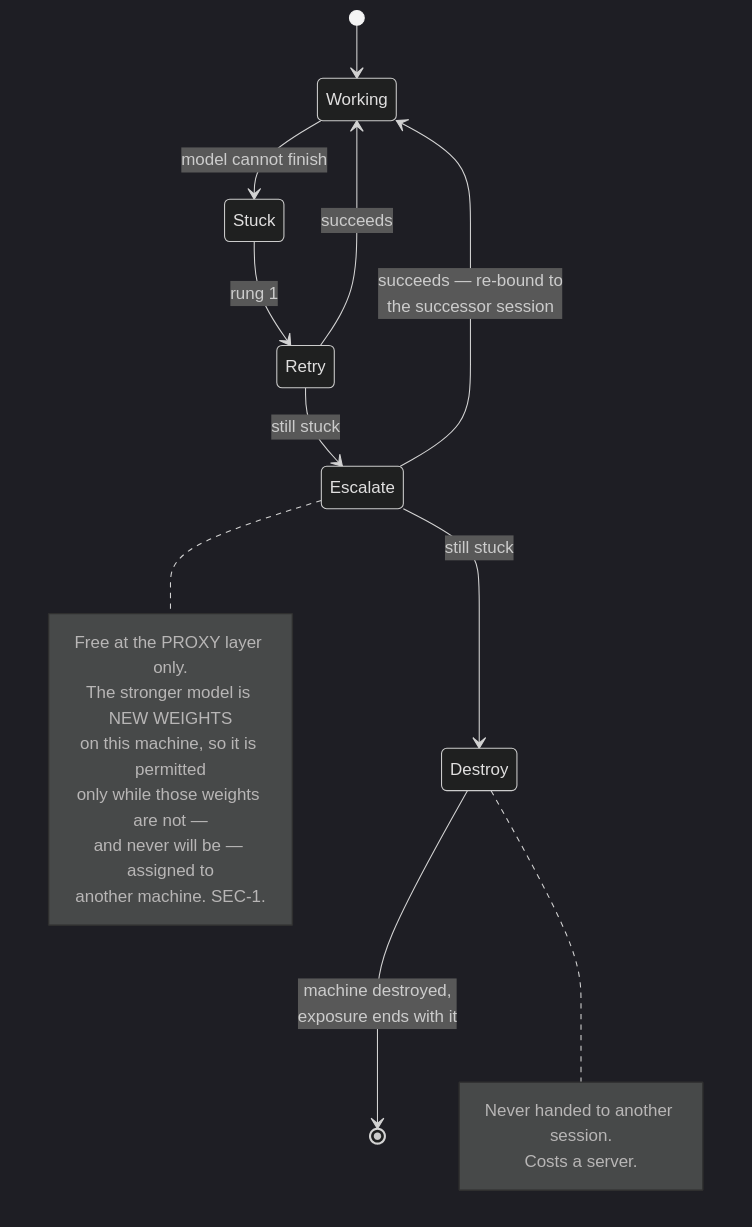
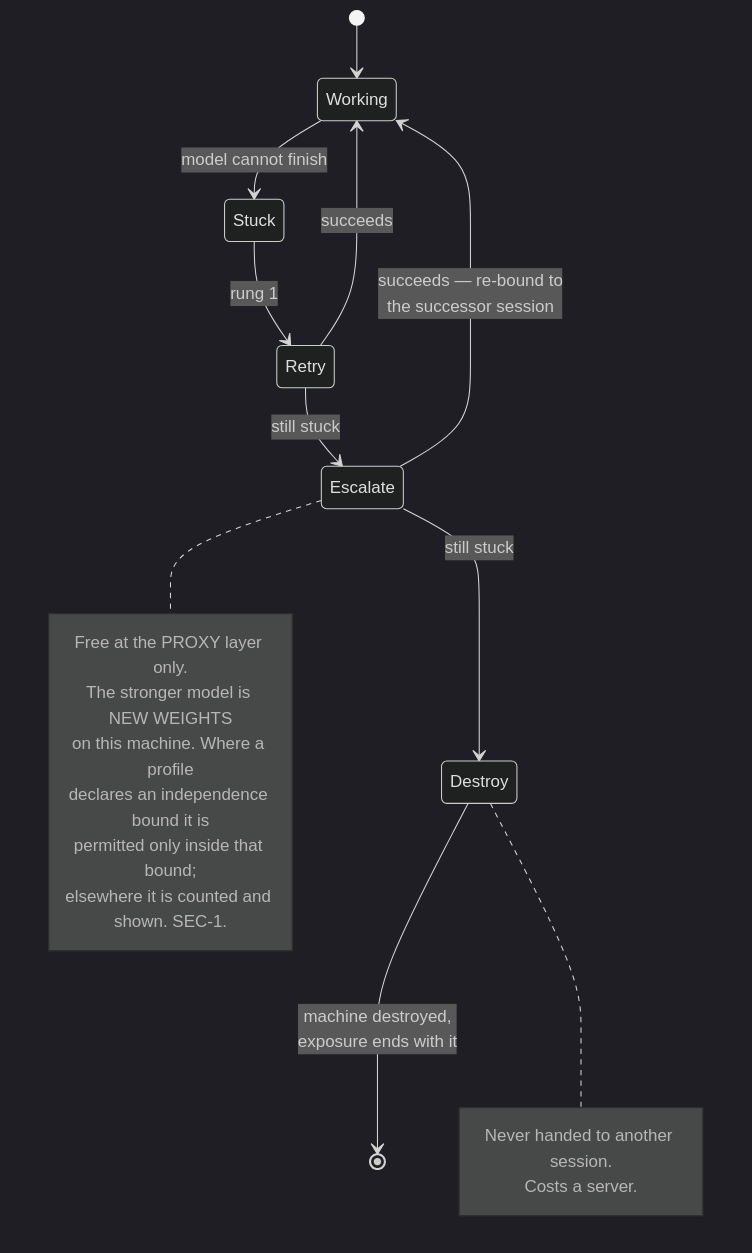
Before and after one commit to douglaz/tau-web-spec: the third of 3 diagrams in 01-architecture.md, drawn with Mermaid (dark theme). The commit also changed other lines of this file and 42 other files, not shown here.

````diff
--- a/01-architecture.md
+++ b/01-architecture.md
@@ -378,23 +578,23 @@
 ```mermaid
 stateDiagram-v2
     [*] --> Working
     Working --> Stuck: model cannot finish
     Stuck --> Retry: rung 1
     Retry --> Working: succeeds
     Retry --> Escalate: still stuck
     Escalate --> Working: succeeds — re-bound to<br/>the successor session
     note right of Escalate
         Free at the PROXY layer only.
         The stronger model is NEW WEIGHTS
-        on this machine, so it is permitted
-        only while those weights are not —
-        and never will be — assigned to
-        another machine. SEC-1.
+        on this machine. Where a profile
+        declares an independence bound it is
+        permitted only inside that bound;
+        elsewhere it is counted and shown. SEC-1.
     end note
     Escalate --> Destroy: still stuck
     Destroy --> [*]: machine destroyed,<br/>exposure ends with it
     note right of Destroy
         Never handed to another session.
         Costs a server.
     end note
 ```
````
